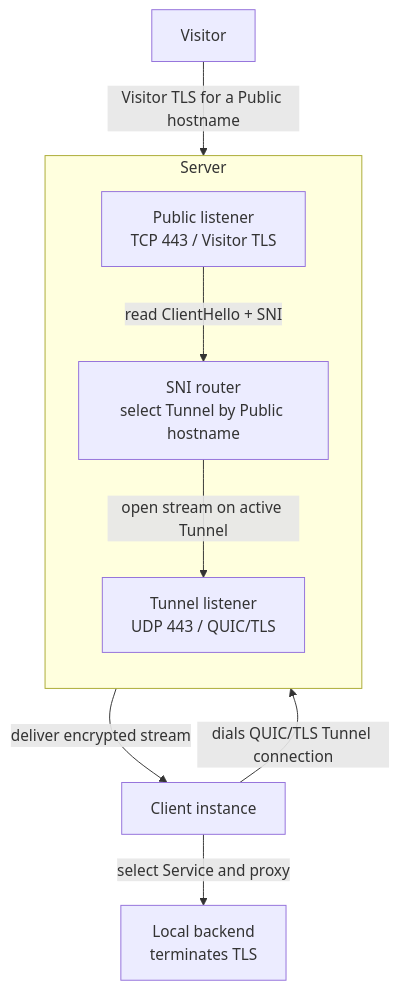
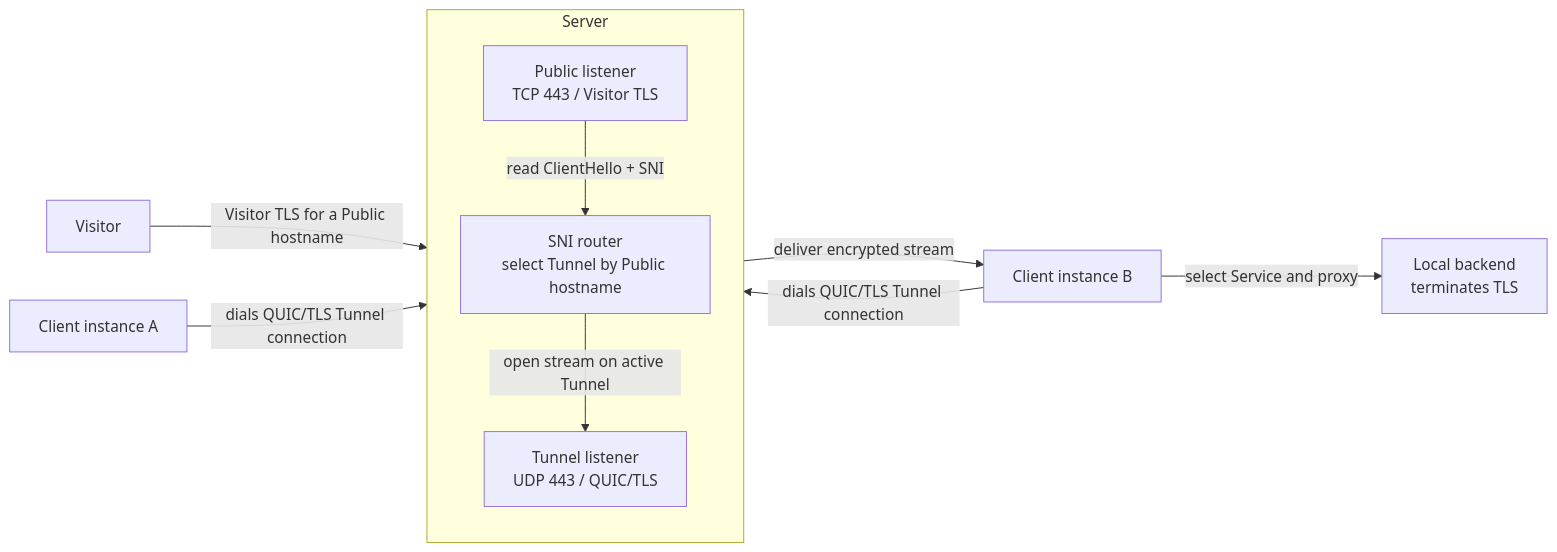
The diagram in docs/architecture.md (runewarp/runewarp), drawn with Mermaid before and after one commit. The commit also changed 3 other files, not shown here.

````diff
--- a/docs/architecture.md
+++ b/docs/architecture.md
@@ -36,21 +36,23 @@
 ```mermaid
-flowchart TD
+flowchart LR
     V[Visitor]
-    C["Client instance"]
+    C1["Client instance A"]
+    C2["Client instance B"]
     B["Local backend<br/>terminates TLS"]
 
     subgraph S["Server"]
         direction TB
         P["Public listener<br/>TCP 443 / Visitor TLS"]
         R["SNI router<br/>select Tunnel by Public hostname"]
         U["Tunnel listener<br/>UDP 443 / QUIC/TLS"]
 
         P -->|"read ClientHello + SNI"| R
         R -->|"open stream on active Tunnel"| U
     end
 
     V -->|"Visitor TLS for a Public hostname"| P
-    C -->|"dials QUIC/TLS Tunnel connection"| U
-    U -->|"deliver encrypted stream"| C
-    C -->|"select Service and proxy"| B
+    C1 -->|"dials QUIC/TLS Tunnel connection"| U
+    C2 -->|"dials QUIC/TLS Tunnel connection"| U
+    U -->|"deliver encrypted stream"| C2
+    C2 -->|"select Service and proxy"| B
 ```
````
